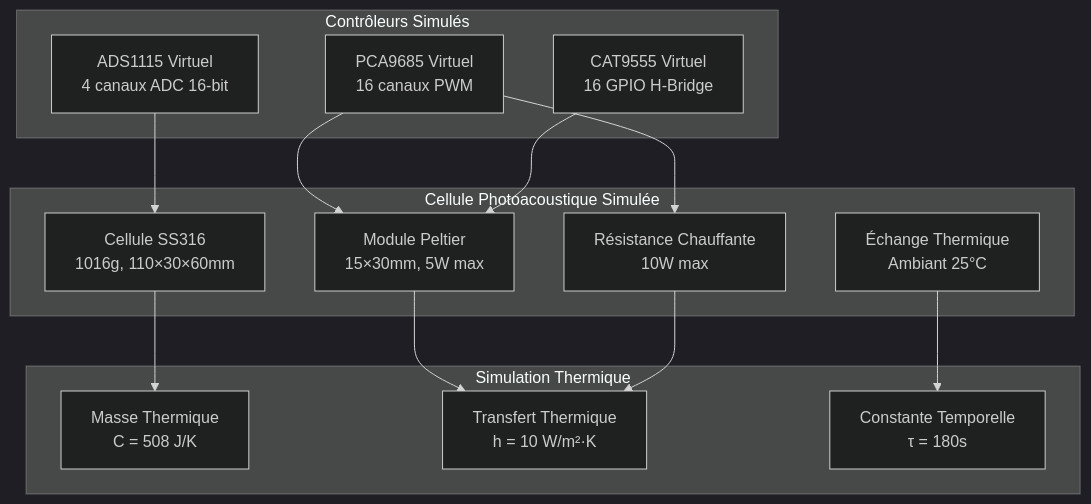
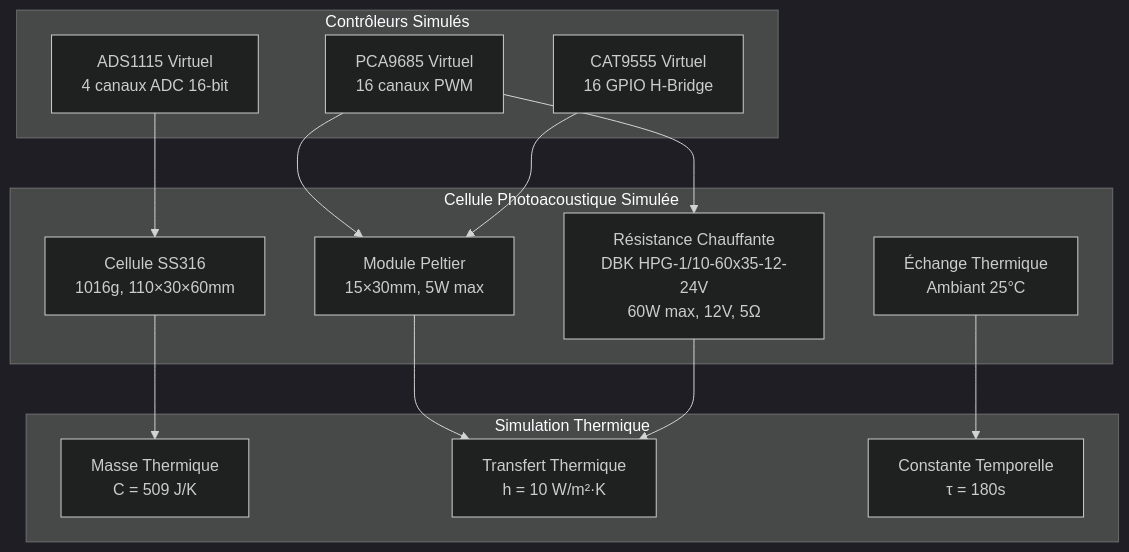
Diagram 12 of 25 in docs/regulation_thermique.md (sctg-development/rust-photoacoustic), drawn with Mermaid (dark theme) before and after one commit. The commit also changed other lines of this file and 23 other files, not shown here.

````diff
--- a/docs/regulation_thermique.md
+++ b/docs/regulation_thermique.md
@@ -968,31 +968,31 @@
 ```mermaid
 graph TB
     subgraph "Cellule Photoacoustique Simulée"
         CELL[Cellule SS316<br/>1016g, 110×30×60mm]
         PELTIER[Module Peltier<br/>15×30mm, 5W max]
-        HEATER[Résistance Chauffante<br/>10W max]
+        HEATER[Résistance Chauffante<br/>DBK HPG-1/10-60x35-12-24V<br/>60W max, 12V, 5Ω]
         AMBIENT[Échange Thermique<br/>Ambiant 25°C]
     end
     
     subgraph "Simulation Thermique"
-        THERMAL_MASS[Masse Thermique<br/>C = 508 J/K]
+        THERMAL_MASS[Masse Thermique<br/>C = 509 J/K]
         HEAT_TRANSFER[Transfert Thermique<br/>h = 10 W/m²·K]
         TIME_CONSTANT[Constante Temporelle<br/>τ = 180s]
     end
     
     subgraph "Contrôleurs Simulés"
         PWM_SIM[PCA9685 Virtuel<br/>16 canaux PWM]
         ADC_SIM[ADS1115 Virtuel<br/>4 canaux ADC 16-bit]
         GPIO_SIM[CAT9555 Virtuel<br/>16 GPIO H-Bridge]
     end
     
     CELL --> THERMAL_MASS
     PELTIER --> HEAT_TRANSFER
     HEATER --> HEAT_TRANSFER
     AMBIENT --> TIME_CONSTANT
     
     PWM_SIM --> PELTIER
     PWM_SIM --> HEATER
     ADC_SIM --> CELL
     GPIO_SIM --> PELTIER
 ```
````
